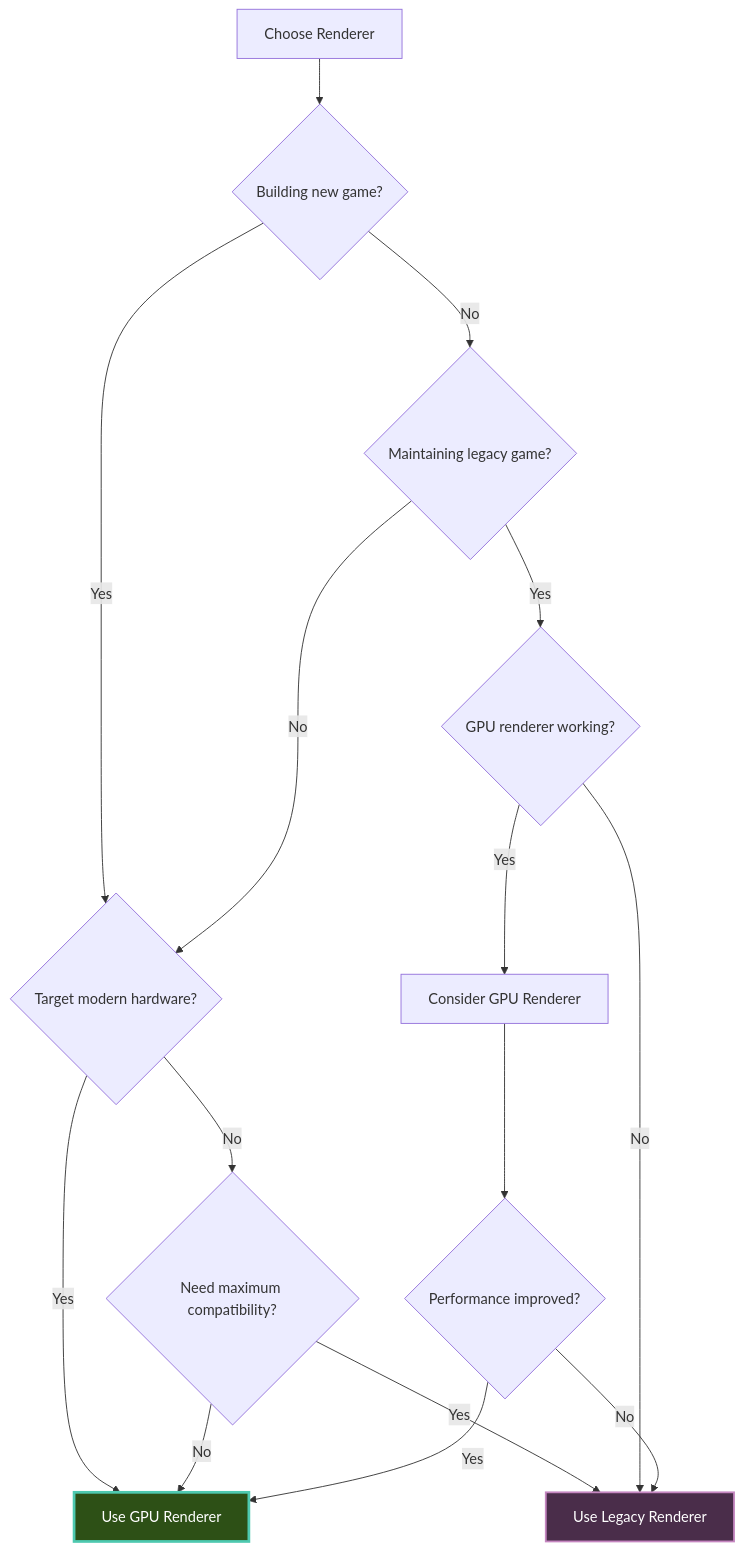
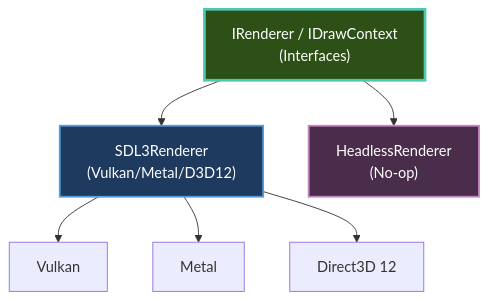
The diagram in docs/rendering/choosing-renderer.md (CrazyPickleStudios/Brine2D-Documentation), drawn with Mermaid before and after one commit. The commit also changed other lines of this file and 35 other files, not shown here.

````diff
--- a/docs/rendering/choosing-renderer.md
+++ b/docs/rendering/choosing-renderer.md
@@ -47,27 +25,18 @@
 ```mermaid
 graph TB
-    A[Choose Renderer]
-    A --> B{Building new game?}
+    IRenderer["IRenderer / IDrawContext<br/>(Interfaces)"]
     
-    B -->|Yes| C{Target modern hardware?}
-    B -->|No| D{Maintaining legacy game?}
+    GPU["SDL3Renderer<br/>(Vulkan/Metal/D3D12)"]
+    Headless["HeadlessRenderer<br/>(No-op)"]
     
-    C -->|Yes| E[Use GPU Renderer]
-    C -->|No| F{Need maximum compatibility?}
+    IRenderer --> GPU
+    IRenderer --> Headless
     
-    F -->|Yes| G[Use Legacy Renderer]
-    F -->|No| E
+    GPU --> Vulkan["Vulkan"]
+    GPU --> Metal["Metal"]
+    GPU --> D3D12["Direct3D 12"]
     
-    D -->|Yes| H{GPU renderer working?}
-    D -->|No| C
-    
-    H -->|Yes| I[Consider GPU Renderer]
-    H -->|No| G
-    
-    I --> J{Performance improved?}
-    J -->|Yes| E
-    J -->|No| G
-    
-    style E fill:#2d5016,stroke:#4ec9b0,stroke-width:3px,color:#fff
-    style G fill:#4a2d4a,stroke:#c586c0,stroke-width:2px,color:#fff
+    style IRenderer fill:#2d5016,stroke:#4ec9b0,stroke-width:3px,color:#fff
+    style GPU fill:#1e3a5f,stroke:#569cd6,stroke-width:2px,color:#fff
+    style Headless fill:#4a2d4a,stroke:#c586c0,stroke-width:2px,color:#fff
 ```
````
